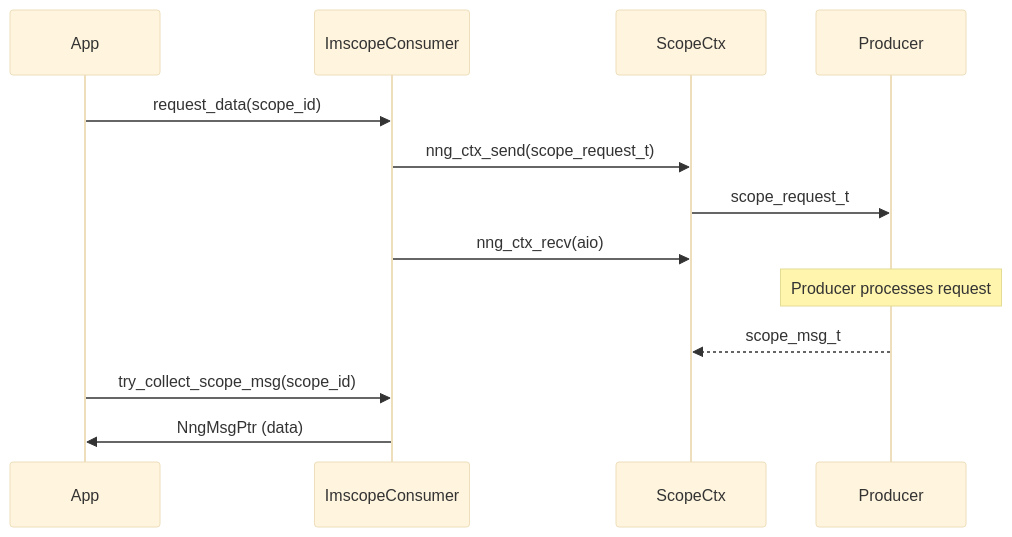
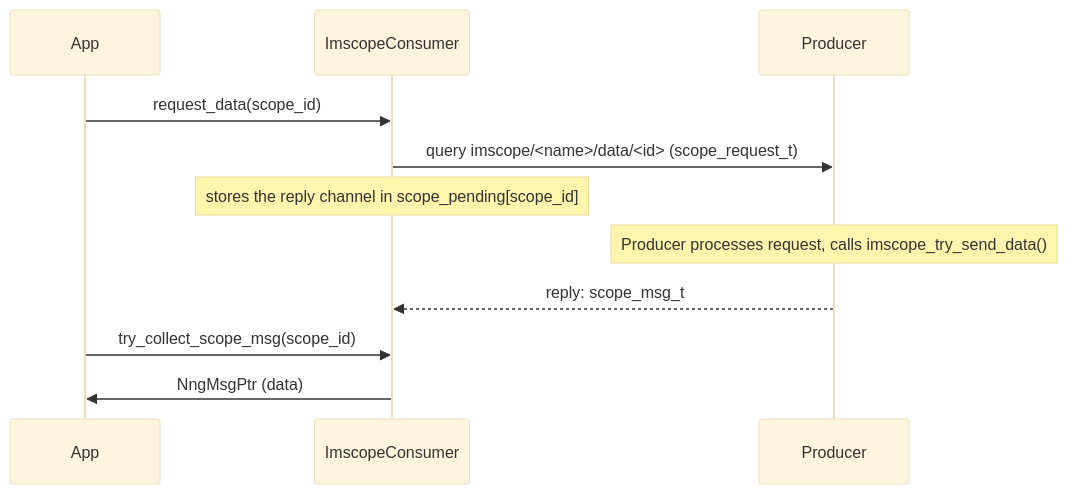
Before and after one commit to bpodrygajlo/imscope: the diagram in common/doc/imscope_consumer_doc.md, drawn with Mermaid (base theme). The commit also changed other lines of this file and 14 other files, not shown here.

````diff
--- a/common/doc/imscope_consumer_doc.md
+++ b/common/doc/imscope_consumer_doc.md
@@ -20,19 +20,17 @@
 ```mermaid
 sequenceDiagram
     participant App
     participant ImscopeConsumer
-    participant ScopeCtx
     participant Producer
 
     App->>ImscopeConsumer: request_data(scope_id)
-    ImscopeConsumer->>ScopeCtx: nng_ctx_send(scope_request_t)
-    ScopeCtx->>Producer: scope_request_t
-    ImscopeConsumer->>ScopeCtx: nng_ctx_recv(aio)
+    ImscopeConsumer->>Producer: query imscope/<name>/data/<id> (scope_request_t)
+    Note over ImscopeConsumer: stores the reply channel in scope_pending[scope_id]
 
-    Note over Producer: Producer processes request
+    Note over Producer: Producer processes request, calls imscope_try_send_data()
 
-    Producer-->>ScopeCtx: scope_msg_t
+    Producer-->>ImscopeConsumer: reply: scope_msg_t
 
     App->>ImscopeConsumer: try_collect_scope_msg(scope_id)
     ImscopeConsumer->>App: NngMsgPtr (data)
 ```
````
